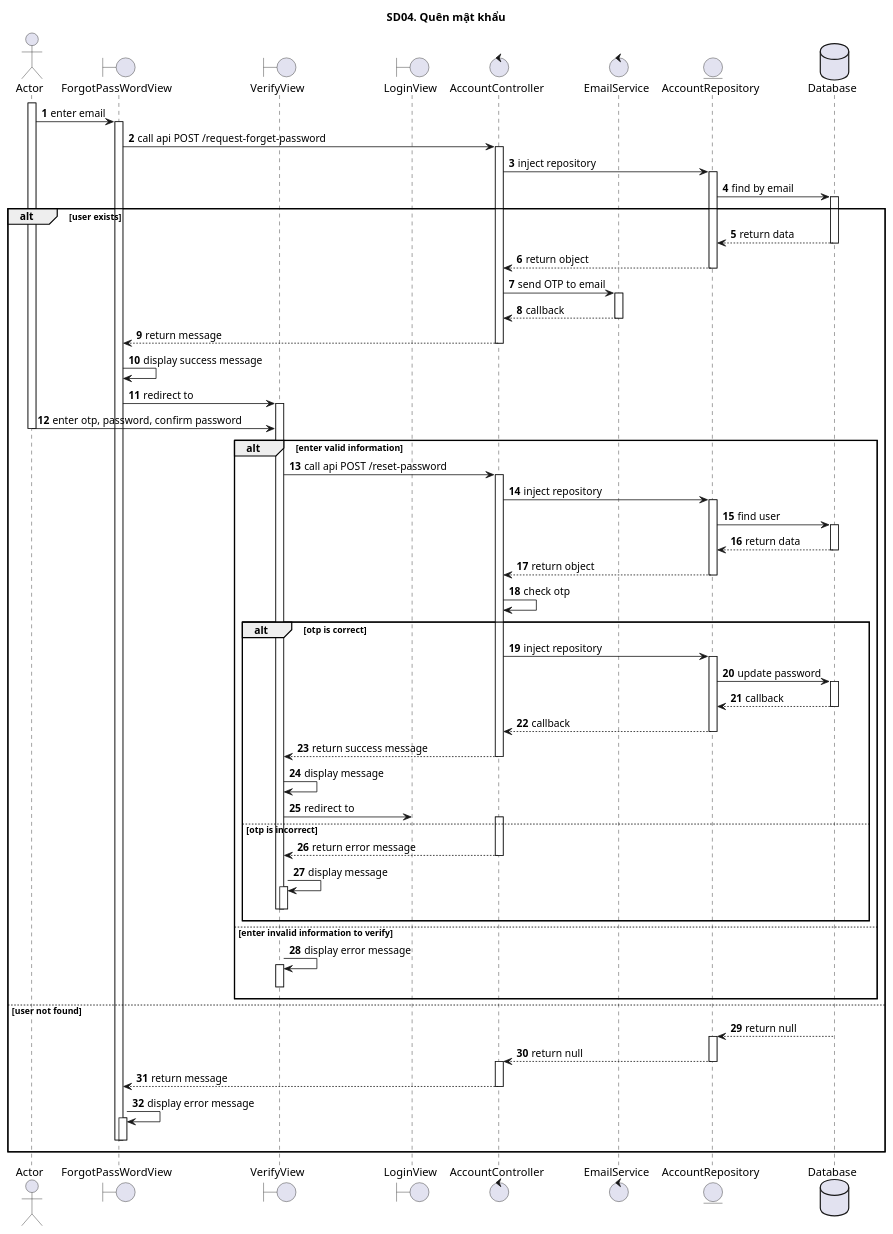
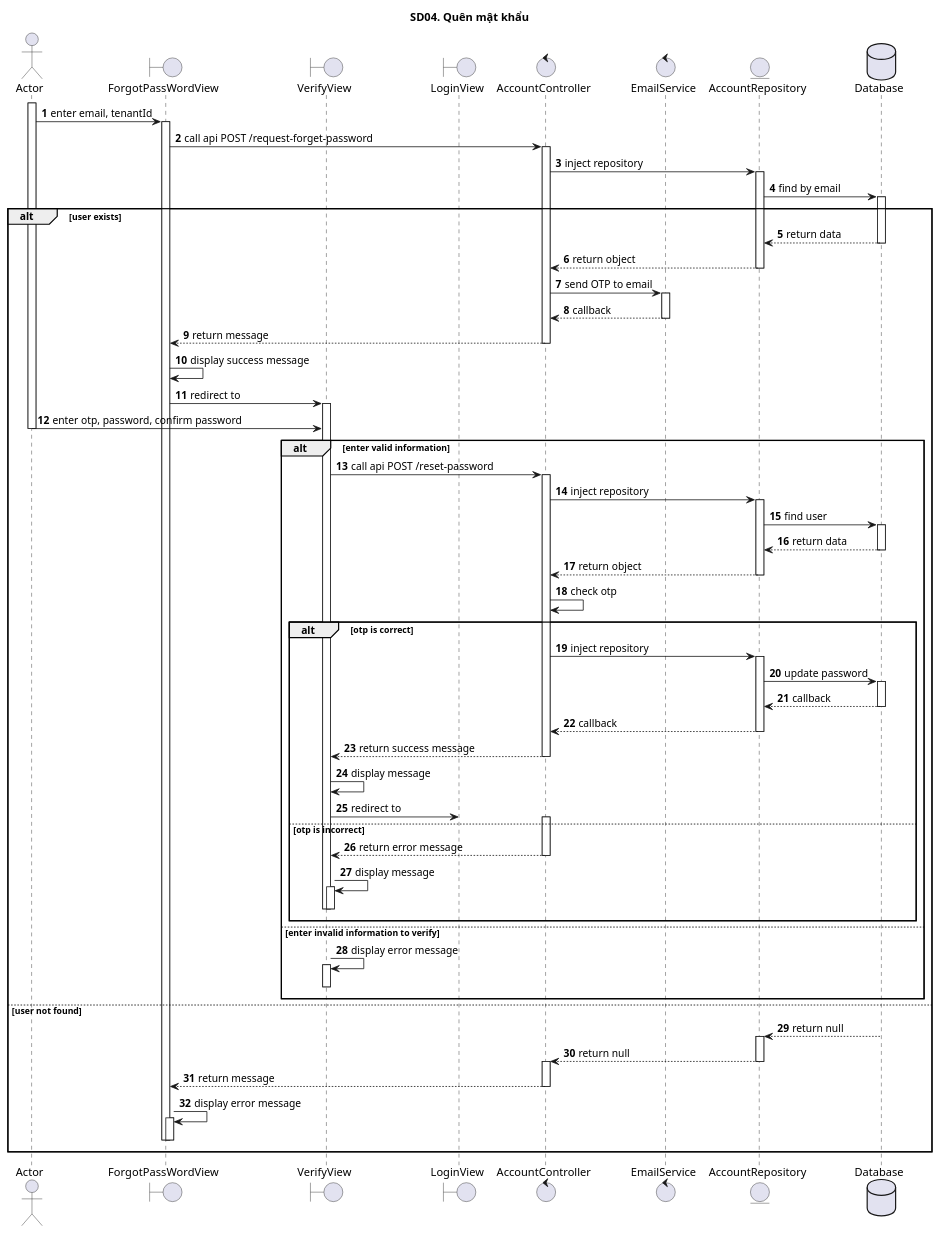
Before and after one commit to ITZ-Developers/kltn-fm-storage: the diagram in uml-diagrams/04_QuenMatKhau/sd04.puml, drawn with PlantUML. The commit also changed 2 other files, not shown here.

```diff
--- a/uml-diagrams/04_QuenMatKhau/sd04.puml
+++ b/uml-diagrams/04_QuenMatKhau/sd04.puml
@@ -1,93 +1,93 @@
 @startuml SQ
 autonumber
 title SD04. Quên mật khẩu
 actor "Actor" as actor
 boundary "ForgotPassWordView" 
 boundary "VerifyView"
 boundary "LoginView"
 control "AccountController" as controller
 control "EmailService" as service
 entity "AccountRepository" as model
 database "Database" as database
 activate actor
-actor -> ForgotPassWordView : enter email
+actor -> ForgotPassWordView : enter email, tenantId
 activate ForgotPassWordView
 ForgotPassWordView -> controller : call api POST /request-forget-password
 activate controller
 controller -> model : inject repository
 activate model
 model -> database : find by email
 alt user exists
 activate database
 database --> model : return data
 deactivate database
 model --> controller : return object
 deactivate model
 controller -> service : send OTP to email
 activate service
 service --> controller : callback
 deactivate service
 controller --> ForgotPassWordView : return message
 deactivate controller
 ForgotPassWordView -> ForgotPassWordView: display success message
 ForgotPassWordView -> VerifyView : redirect to
 activate VerifyView
 actor -> VerifyView: enter otp, password, confirm password
 deactivate actor
 alt enter valid information
 VerifyView -> controller : call api POST /reset-password
 activate controller
 controller -> model : inject repository
 activate model
 model -> database : find user
 activate database
 database --> model : return data
 deactivate database
 model --> controller : return object
 deactivate model
 controller -> controller: check otp
 alt otp is correct
 controller -> model : inject repository
 activate model
 model -> database : update password
 activate database
 database --> model : callback
 deactivate database
 model --> controller : callback
 deactivate model
 controller --> VerifyView : return success message
 deactivate controller
 VerifyView -> VerifyView: display message
 VerifyView -> LoginView : redirect to
 else otp is incorrect
 activate controller
 controller --> VerifyView : return error message
 deactivate controller
 VerifyView -> VerifyView: display message
 activate VerifyView
 deactivate VerifyView
 deactivate VerifyView
 end
 else enter invalid information to verify
 activate VerifyView
 VerifyView -> VerifyView: display error message
 activate VerifyView
 deactivate VerifyView
 deactivate VerifyView
 end
 else user not found
 activate database
 database --> model: return null
 deactivate database
 activate model
 model --> controller : return null
 deactivate model
 activate controller
 controller --> ForgotPassWordView : return message
 deactivate controller
 ForgotPassWordView -> ForgotPassWordView: display error message
 activate ForgotPassWordView
 deactivate ForgotPassWordView
 deactivate ForgotPassWordView
 end
 @enduml
```
